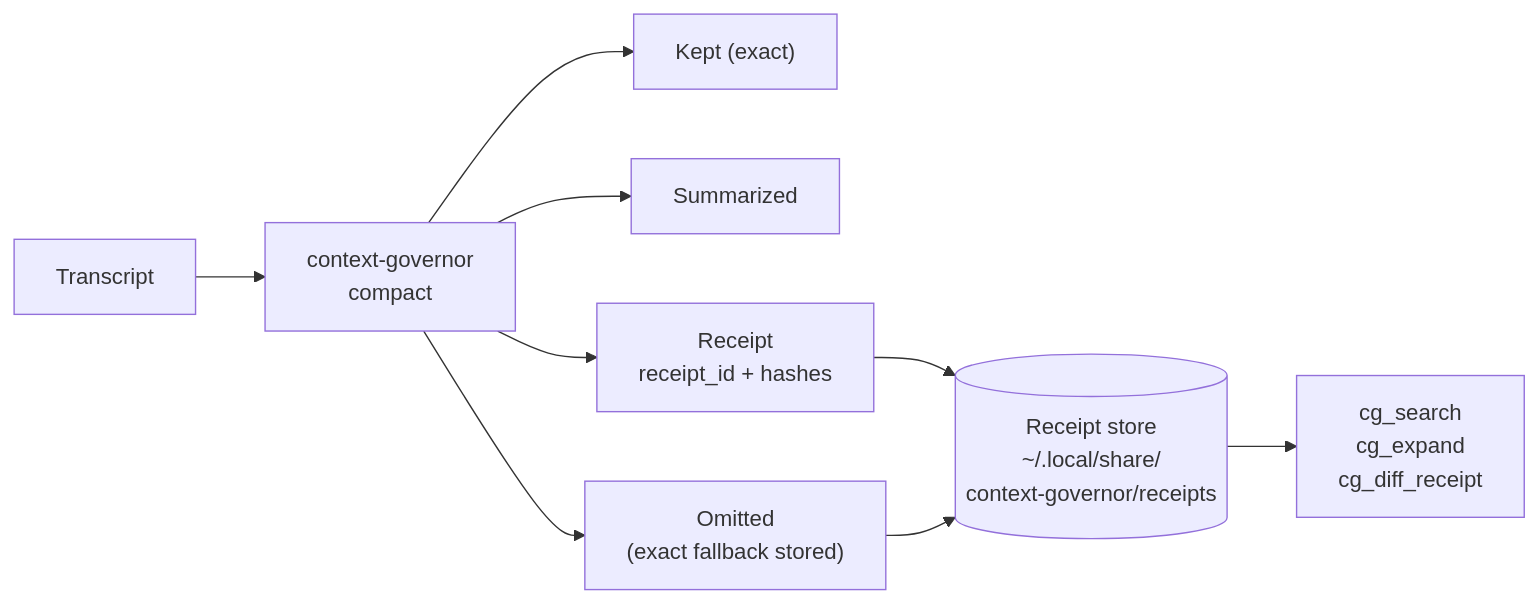
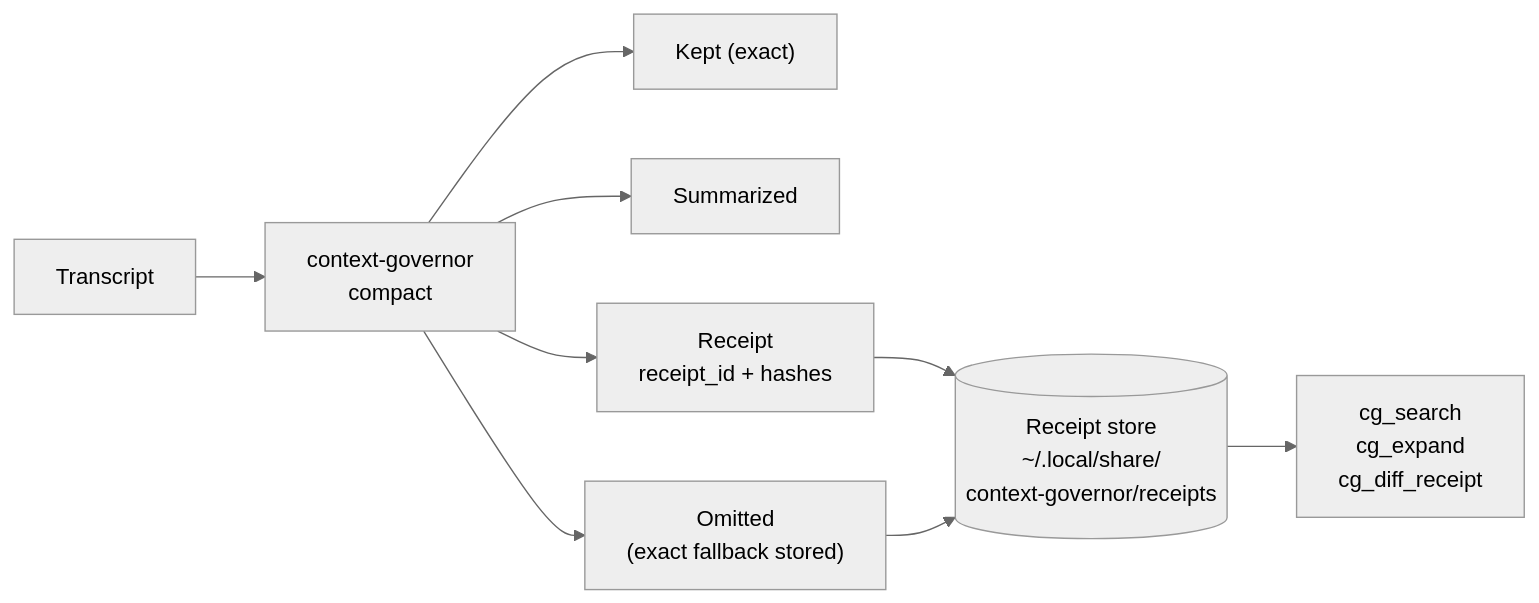
One commit to RecursiveIntell/agent-memory-kits changed the third of 4 diagrams in README.md. Above: the diagram before and after it, drawn with Mermaid. The commit also changed other lines of this file and 10 other files, not shown here.

````diff
--- a/README.md
+++ b/README.md
@@ -149,11 +214,12 @@
 ```mermaid
+%%{init: {'theme':'neutral'}}%%
 flowchart LR
     T["Transcript"] --> CG["context-governor<br/>compact"]
     CG --> K["Kept (exact)"]
     CG --> S["Summarized"]
     CG --> O["Omitted<br/>(exact fallback stored)"]
     CG --> R["Receipt<br/>receipt_id + hashes"]
     R --> RS[("Receipt store<br/>~/.local/share/<br/>context-governor/receipts")]
     O --> RS
     RS --> SE["cg_search<br/>cg_expand<br/>cg_diff_receipt"]
 ```
````
